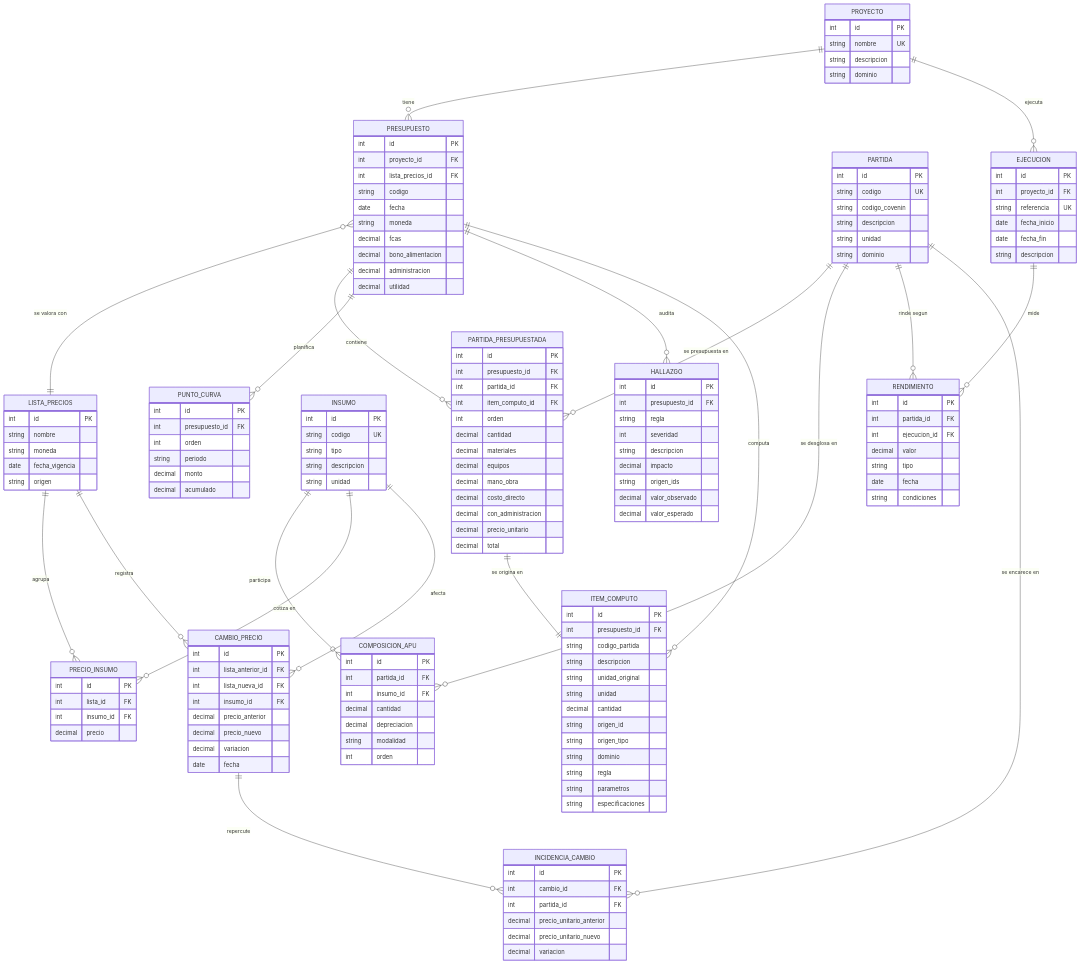
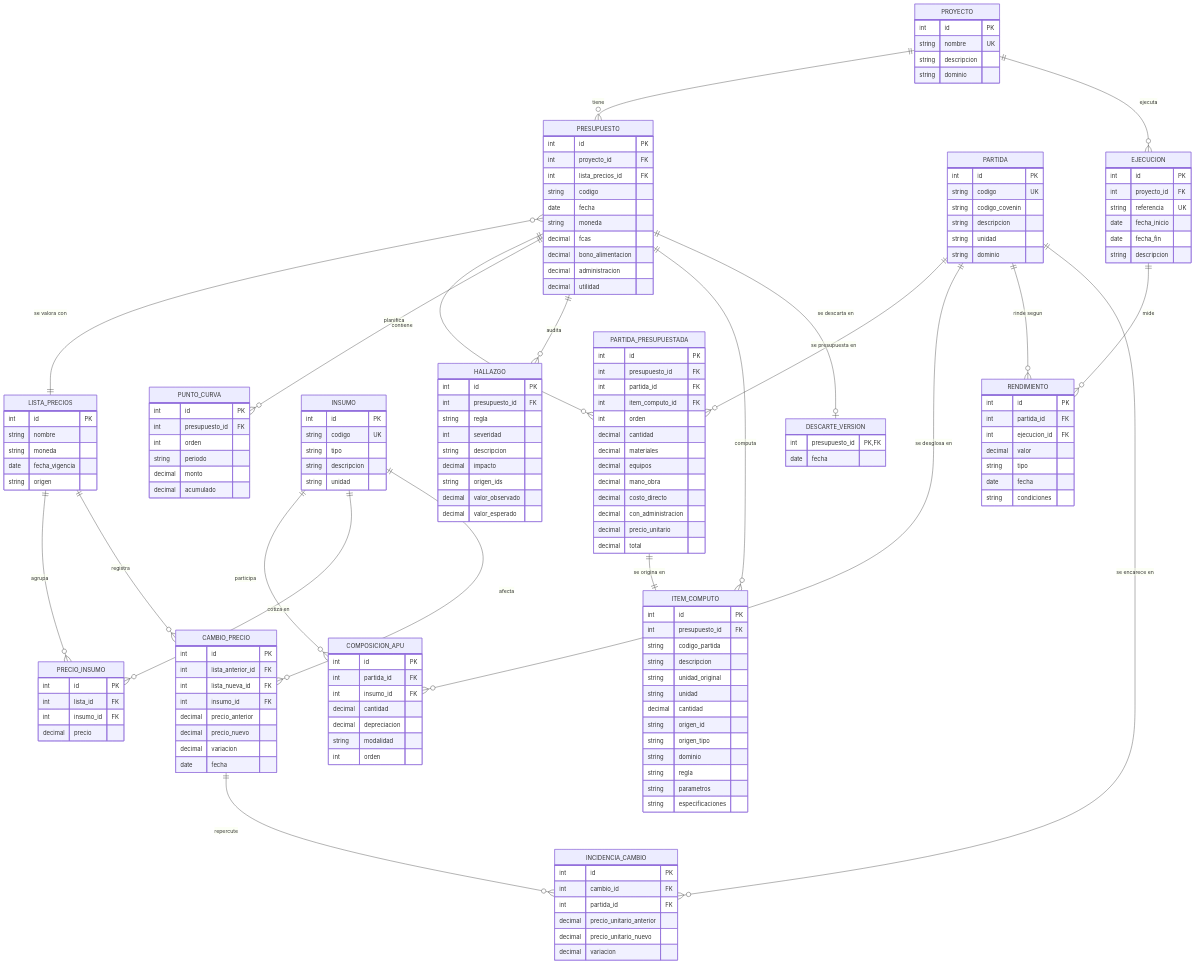
Before and after one commit to EugenioRRijo/silice: the diagram in docs/modelo_datos.md, drawn with Mermaid. The commit also changed other lines of this file and 1 other file, not shown here.

First line of the commit message:
docs(modelo): la entidad descarte_version de uc-02 7a

```diff
--- a/docs/modelo_datos.md
+++ b/docs/modelo_datos.md
@@ -380,6 +401,10 @@
         decimal precio_unitario_nuevo
         decimal variacion
     }
+    DESCARTE_VERSION {
+        int presupuesto_id PK, FK
+        date fecha
+    }
     HALLAZGO {
         int id PK
         int presupuesto_id FK
@@ -399,6 +424,7 @@
     PRESUPUESTO ||--o{ PUNTO_CURVA : planifica
     PRESUPUESTO ||--o{ HALLAZGO : audita
     PRESUPUESTO ||--o{ ITEM_COMPUTO : computa
+    PRESUPUESTO ||--o| DESCARTE_VERSION : "se descarta en"
     PARTIDA_PRESUPUESTADA ||--|| ITEM_COMPUTO : "se origina en"
     PARTIDA ||--o{ PARTIDA_PRESUPUESTADA : "se presupuesta en"
     PARTIDA ||--o{ COMPOSICION_APU : "se desglosa en"
```
